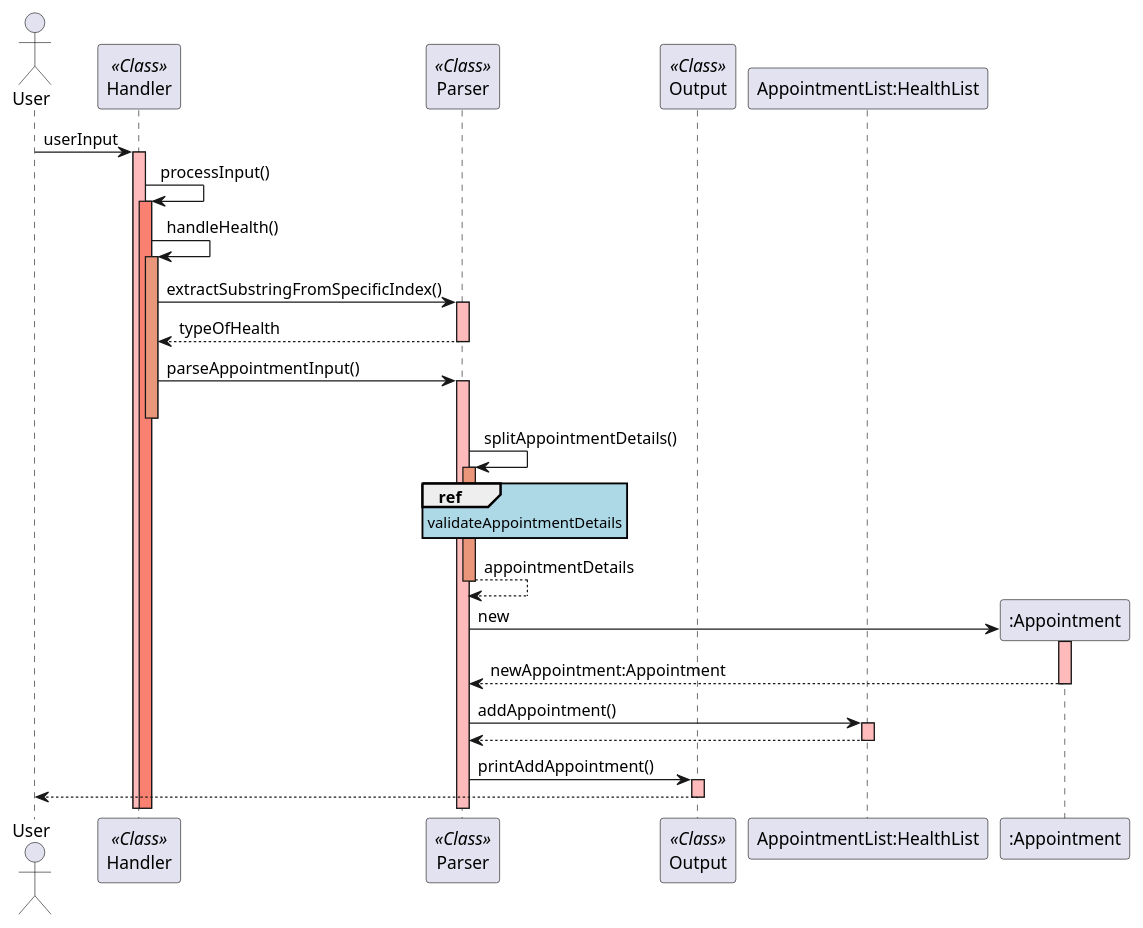
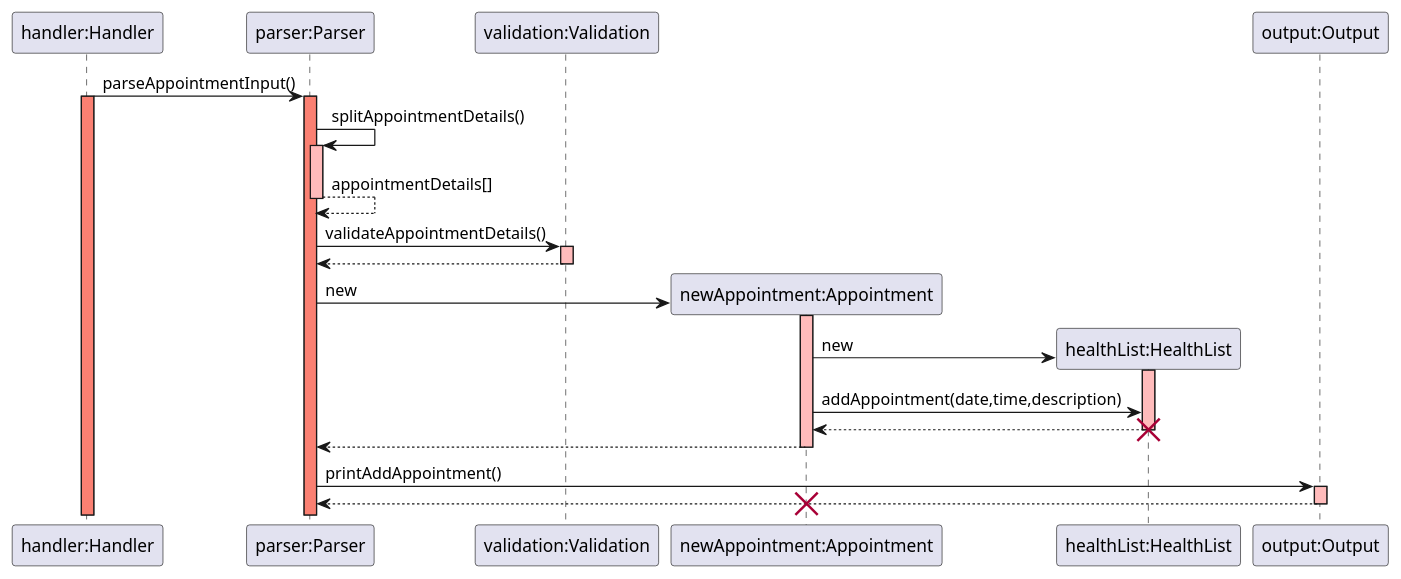
Before and after one commit to rouvinerh/tp: the diagram in docs/puml/sequence_diagrams/appointment_sequence.puml, drawn with PlantUML. The commit also changed 11 other files, not shown here.

Commit message:
Update sequence diagrams for Bmi and Period

```diff
--- a/docs/puml/sequence_diagrams/appointment_sequence.puml
+++ b/docs/puml/sequence_diagrams/appointment_sequence.puml
@@ -1,44 +1,45 @@
 @startuml
+
 skinparam sequenceReferenceBackgroundColor lightblue
-actor User
-participant Handler as Handler << Class >>
-participant Parser as Parser << Class >>
-participant Output as Output << Class >>
-participant "AppointmentList:HealthList" as AppointmentList
+participant "handler:Handler" as Handler
+participant "parser:Parser" as Parser
+participant "validation:Validation" as Validation
+participant "newAppointment:Appointment" as Appointment
+participant "healthList:HealthList" as HealthList
+participant "output:Output" as Output
 
-User -> Handler: userInput
-activate Handler #FFBBBB
-Handler -> Handler : processInput()
-activate Handler #Salmon
-Handler -> Handler : handleHealth()
+Handler -> Parser: parseAppointmentInput()
+activate Handler #salmon
+activate Parser #salmon
 
-activate Handler #DarkSalmon
-Handler -> Parser  : extractSubstringFromSpecificIndex()
-activate Parser  #FFBBBB
-Parser  --> Handler : typeOfHealth
-deactivate Parser  #FFBBBB
+Parser -> Parser: splitAppointmentDetails()
+activate Parser #FFBBBB
+Parser --> Parser: appointmentDetails[]
+deactivate Parser #FFBBBB
 
-Handler -> Parser : parseAppointmentInput()
-activate Parser  #FFBBBB
-deactivate Handler #DarkSalmon
-Parser -> Parser : splitAppointmentDetails()
-ref over Parser: validateAppointmentDetails
+Parser -> Validation: validateAppointmentDetails()
+activate Validation #FFBBBB
+Validation --> Parser:
+deactivate Validation
 
-activate Parser  #DarkSalmon
-Parser --> Parser : appointmentDetails
-deactivate Parser  #DarkSalmon
+Parser -> Appointment **: new
+activate Appointment #FFBBBB
 
-Parser -> ":Appointment" **: new
-activate ":Appointment" #FFBBBB
-":Appointment" --> Parser: newAppointment:Appointment
-deactivate ":Appointment" #FFBBBB
-Parser -> AppointmentList : addAppointment()
-activate AppointmentList  #FFBBBB
-AppointmentList --> Parser :
-deactivate AppointmentList  #FFBBBB
+Appointment -> HealthList **: new
+activate HealthList #FFBBBB
+Appointment -> HealthList: addAppointment(date,time,description)
+HealthList --> Appointment:
+deactivate HealthList #FFBBBB
+destroy HealthList
+Appointment --> Parser:
+deactivate Appointment #FFBBBB
 
-Parser -> Output : printAddAppointment()
+
+
+Parser -> Output: printAddAppointment()
 activate Output #FFBBBB
-Output --> User:
+Output --> Parser:
+destroy Appointment
 deactivate Output #FFBBBB
+
 @enduml
```
